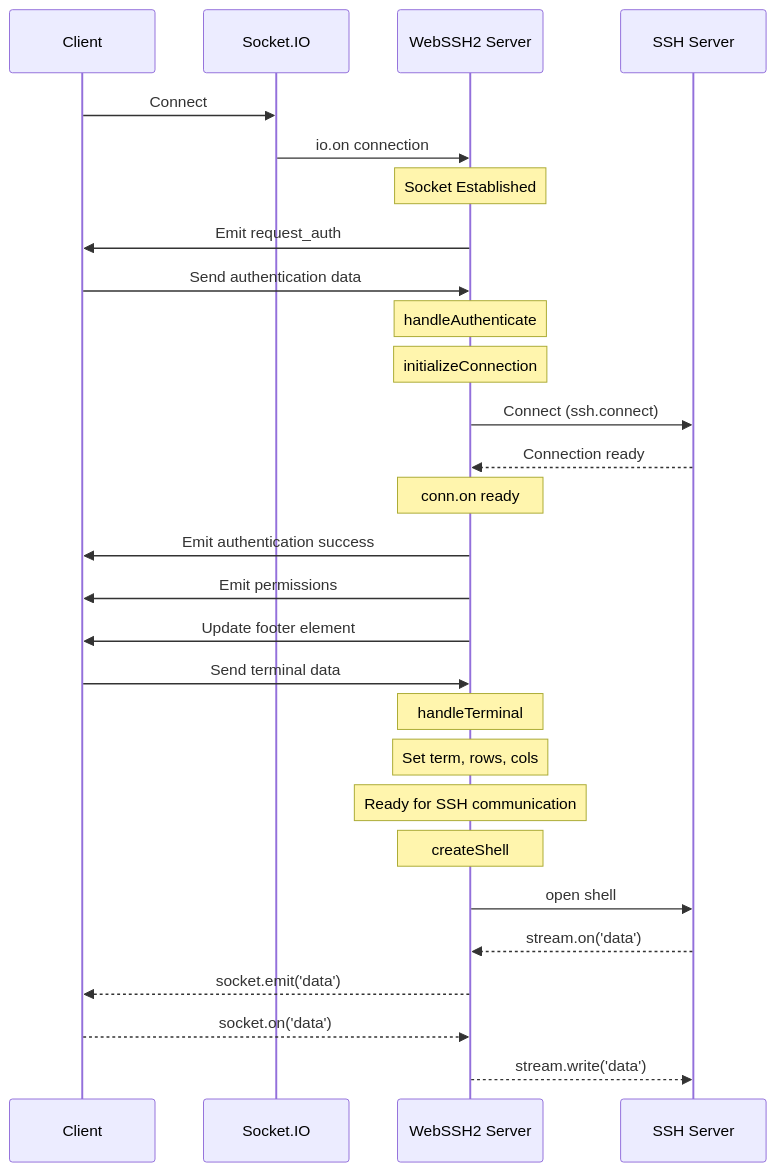
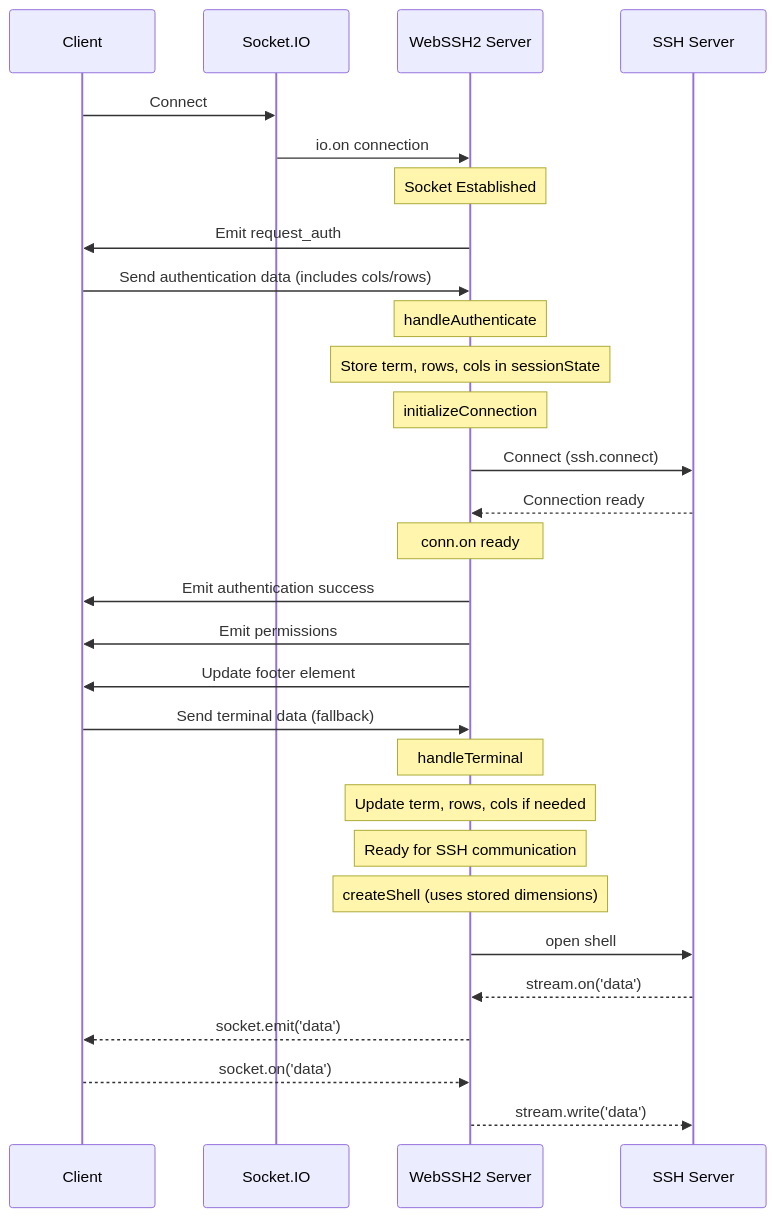
One commit to billchurch/webssh2 changed the diagram in EventFlow.md. Above: the diagram before and after it, drawn with Mermaid. The commit also changed 2 other files, not shown here.

Commit message:
docs: update APIs [skip ci]

````diff
--- a/EventFlow.md
+++ b/EventFlow.md
@@ -3,31 +3,32 @@
 ```mermaid
 sequenceDiagram
     participant Client
     participant Socket.IO
     participant WebSSH2 Server
     participant SSH Server
 
     Client->>Socket.IO: Connect
     Socket.IO->>WebSSH2 Server: io.on connection
     Note over WebSSH2 Server: Socket Established
     WebSSH2 Server->>Client: Emit request_auth
-    Client->>WebSSH2 Server: Send authentication data
+    Client->>WebSSH2 Server: Send authentication data (includes cols/rows)
     Note over WebSSH2 Server: handleAuthenticate
+    Note over WebSSH2 Server: Store term, rows, cols in sessionState
     Note over WebSSH2 Server: initializeConnection
     WebSSH2 Server->>SSH Server: Connect (ssh.connect)
     SSH Server-->>WebSSH2 Server: Connection ready
     Note over WebSSH2 Server: conn.on ready
     WebSSH2 Server->>Client: Emit authentication success
     WebSSH2 Server->>Client: Emit permissions
     WebSSH2 Server->>Client: Update footer element
-    Client->>WebSSH2 Server: Send terminal data
+    Client->>WebSSH2 Server: Send terminal data (fallback)
     Note over WebSSH2 Server: handleTerminal
-    Note over WebSSH2 Server: Set term, rows, cols
+    Note over WebSSH2 Server: Update term, rows, cols if needed
     Note over WebSSH2 Server: Ready for SSH communication
-    Note over WebSSH2 Server: createShell
+    Note over WebSSH2 Server: createShell (uses stored dimensions)
     WebSSH2 Server->>SSH Server: open shell
     SSH Server-->>WebSSH2 Server: stream.on('data')
     WebSSH2 Server-->>Client: socket.emit('data')
     Client-->>WebSSH2 Server: socket.on('data')
     WebSSH2 Server-->>SSH Server: stream.write('data')
 ```
````
